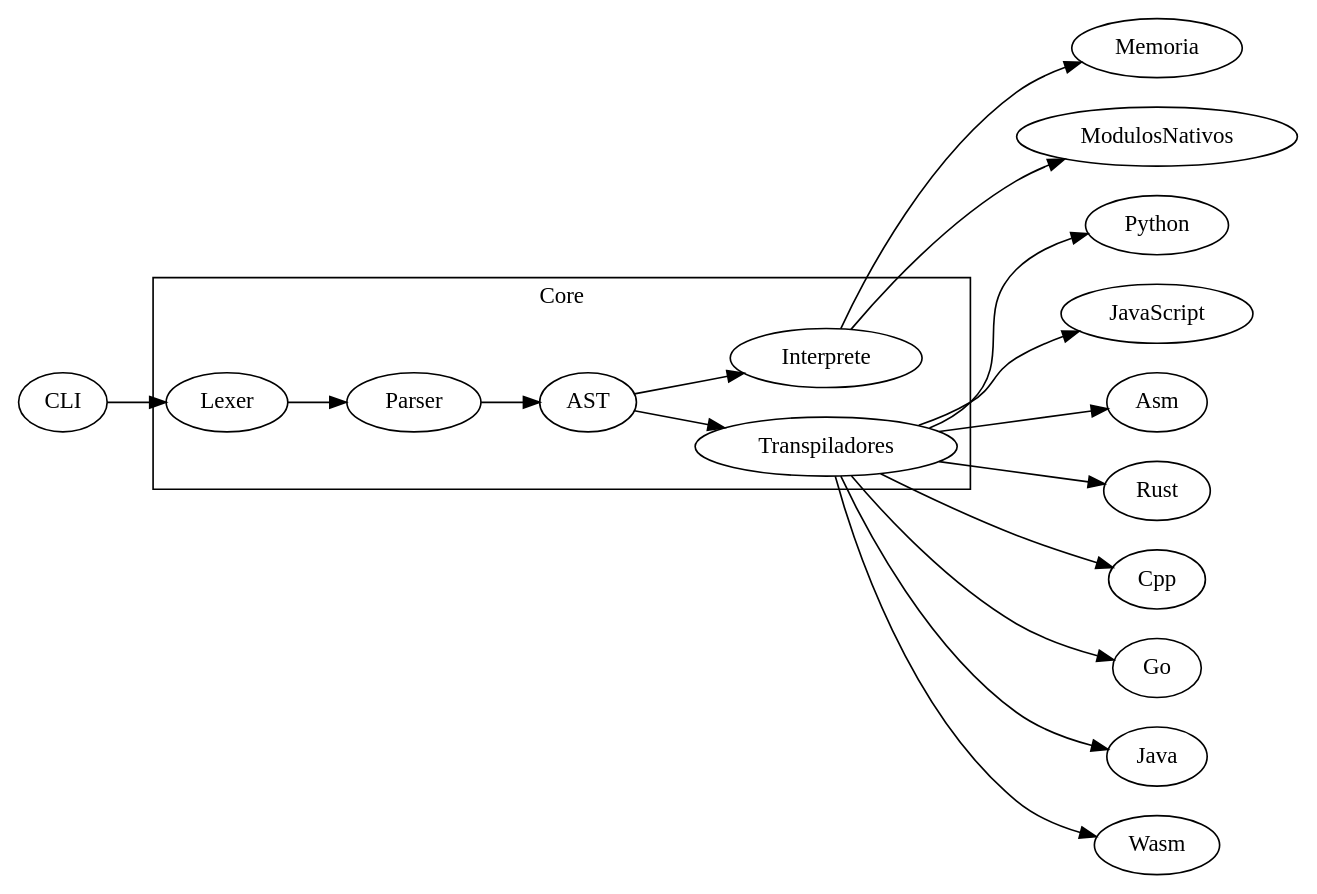
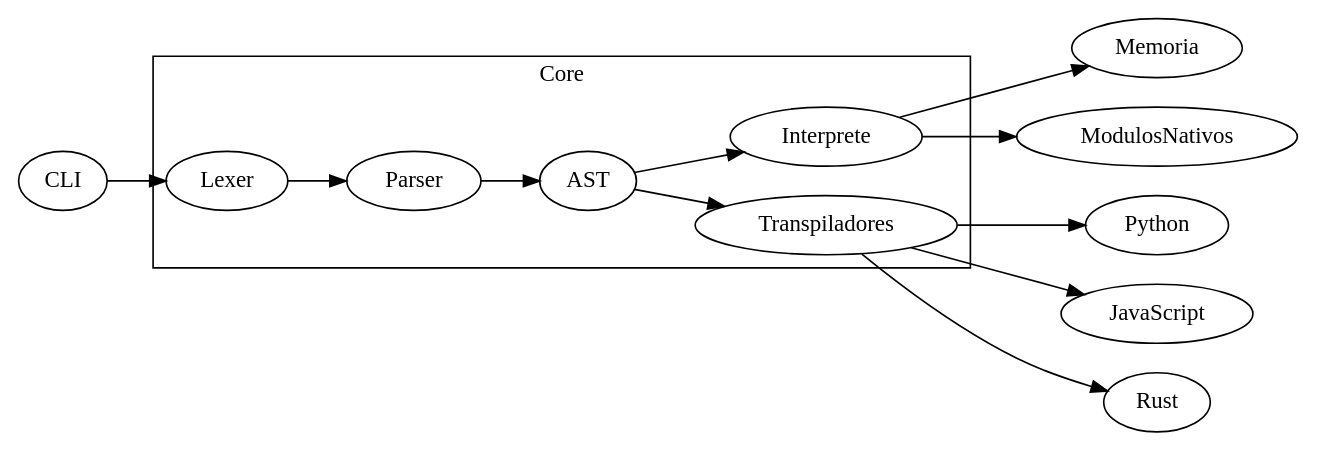
One commit to Alphonsus411/pCobra changed the diagram in docs/frontend/arquitectura.rst. Above: the diagram before and after it, drawn with Graphviz. The commit also changed other lines of this file and 6 other files, not shown here.

```diff
--- a/docs/frontend/arquitectura.rst
+++ b/docs/frontend/arquitectura.rst
@@ -51,16 +51,16 @@
 .. graphviz::
    :caption: Relación entre los módulos
 
    digraph cobra {
        rankdir=LR;
        subgraph cluster_core {
            label="Core";
            Lexer -> Parser -> AST;
            AST -> Interprete;
            AST -> Transpiladores;
        }
        CLI -> Lexer;
    Interprete -> Memoria;
    Interprete -> ModulosNativos;
-   Transpiladores -> {Python JavaScript Asm Rust Cpp Go Java Wasm};
+   Transpiladores -> {Python JavaScript Rust};
    }
```
